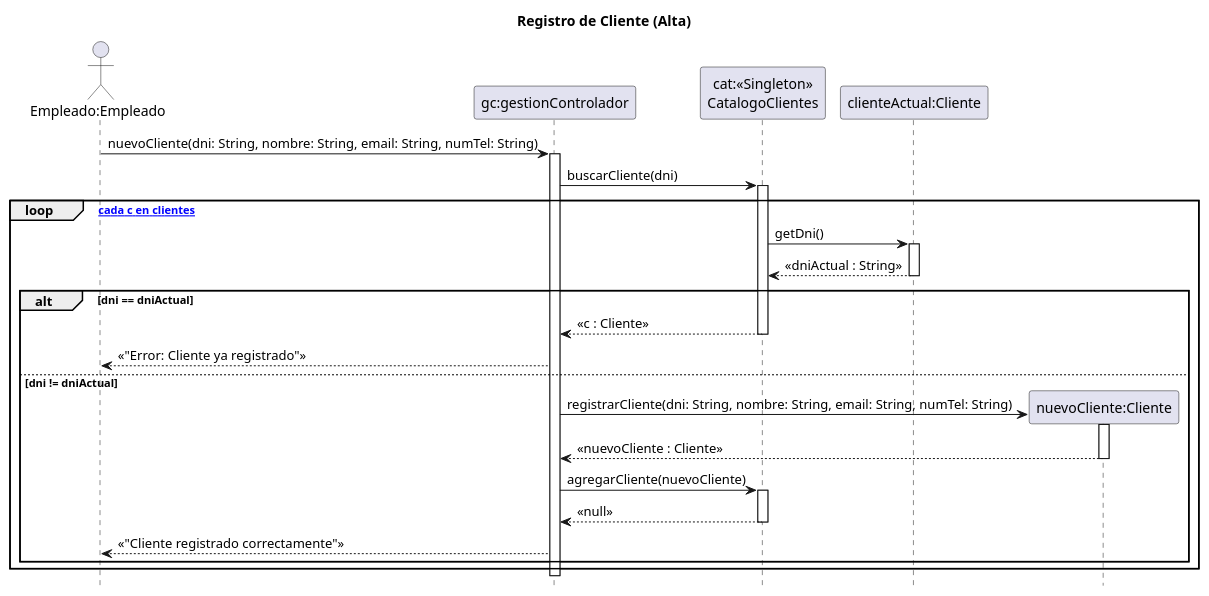
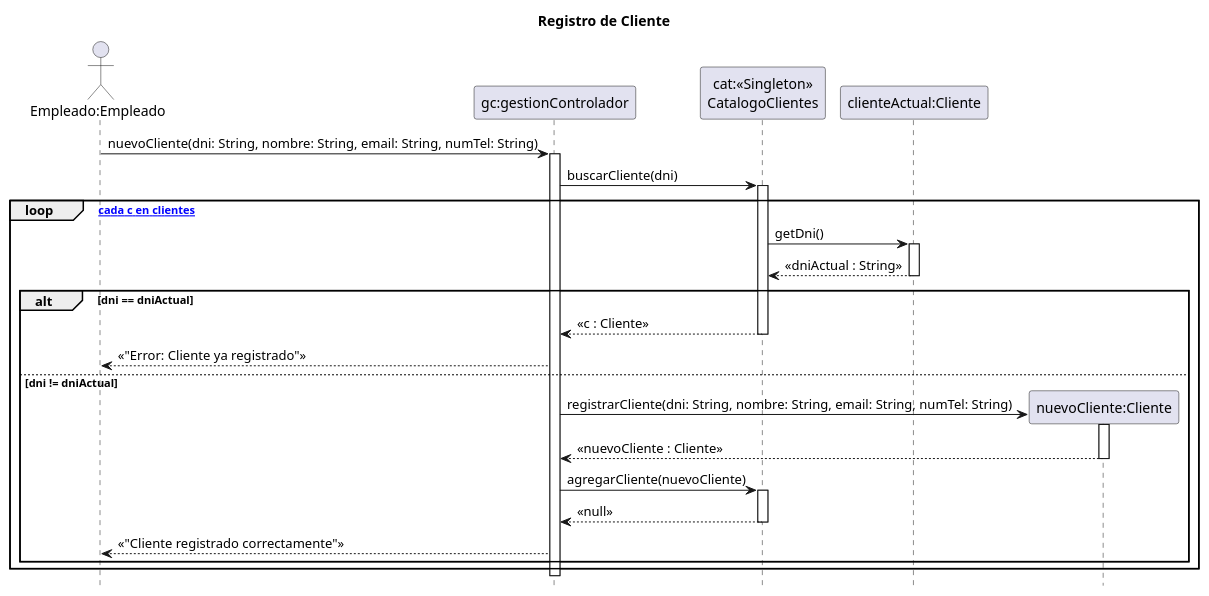
Before and after one commit to zEzequR/PF-I: the diagram in 08 - Diagramas de Secuencia de Diseño/CargaClientes/CargaClientes.puml, drawn with PlantUML. The commit also changed 3 other files, not shown here.

```diff
--- a/08 - Diagramas de Secuencia de Diseño/CargaClientes/CargaClientes.puml
+++ b/08 - Diagramas de Secuencia de Diseño/CargaClientes/CargaClientes.puml
@@ -1,51 +1,51 @@
 @startuml
-title Registro de Cliente (Alta)
+title Registro de Cliente
 
 hide footbox
 
 actor "Empleado:Empleado" as emp
 participant "gc:gestionControlador" as ctrl
 participant "cat:<<Singleton>>\nCatalogoClientes" as cat
 participant "clienteActual:Cliente" as cliente_actual
 
 emp -> ctrl : nuevoCliente(dni: String, nombre: String, email: String, numTel: String)
 activate ctrl
 
 ctrl -> cat : buscarCliente(dni)
 activate cat
 
 loop [para cada c en clientes]
     cat -> cliente_actual : getDni()
     activate cliente_actual
     cliente_actual --> cat : << dniActual : String >>
     deactivate cliente_actual
     
     alt dni == dniActual
         cat --> ctrl : << c : Cliente >>
         deactivate cat
         
         ctrl --> emp : << "Error: Cliente ya registrado" >>
 
     else dni != dniActual
 
         deactivate cat
 
         create participant "nuevoCliente:Cliente" as nuevo_cliente
         ctrl -> nuevo_cliente : registrarCliente(dni: String, nombre: String, email: String, numTel: String)
         activate nuevo_cliente
         nuevo_cliente --> ctrl : << nuevoCliente : Cliente >>
         deactivate nuevo_cliente
 
         ctrl -> cat : agregarCliente(nuevoCliente)
         activate cat
         
         cat --> ctrl : << null >>
         deactivate cat
         
         ctrl --> emp : << "Cliente registrado correctamente" >>
         
     end
 end
 
 deactivate ctrl
 @enduml
```
